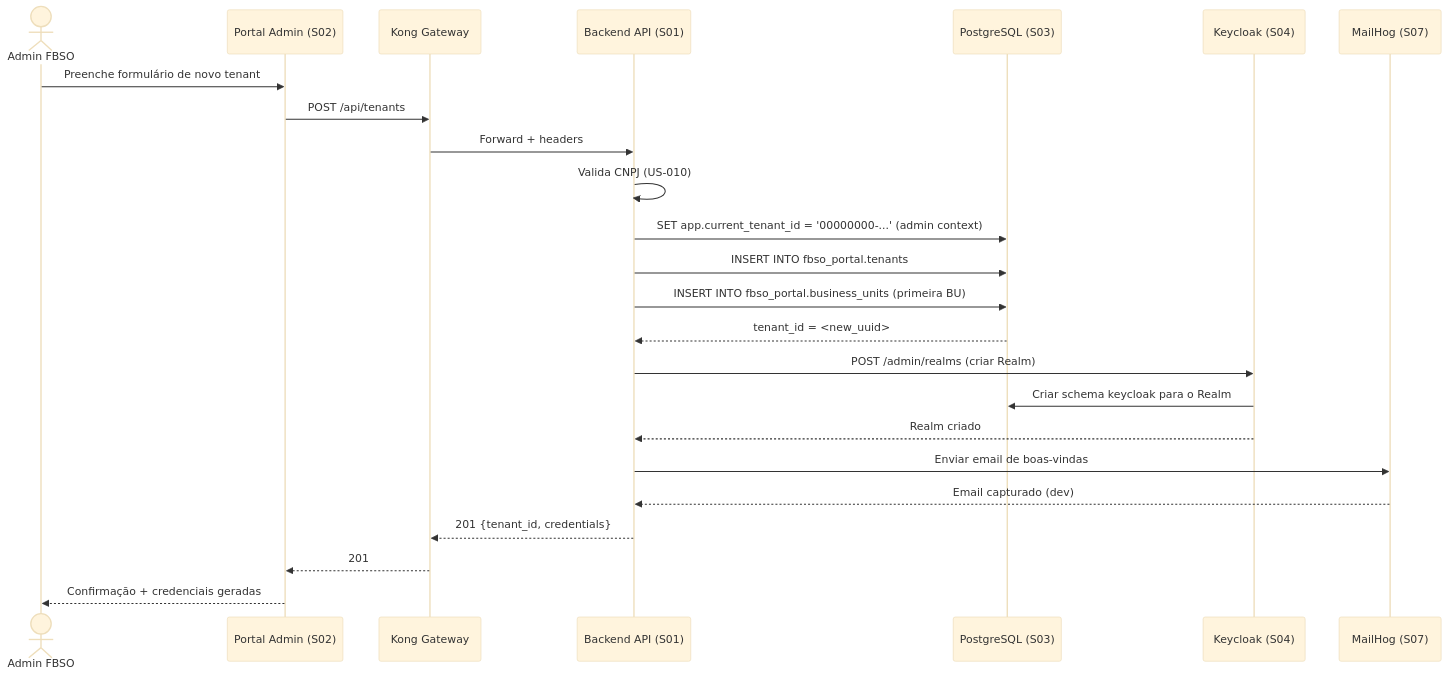
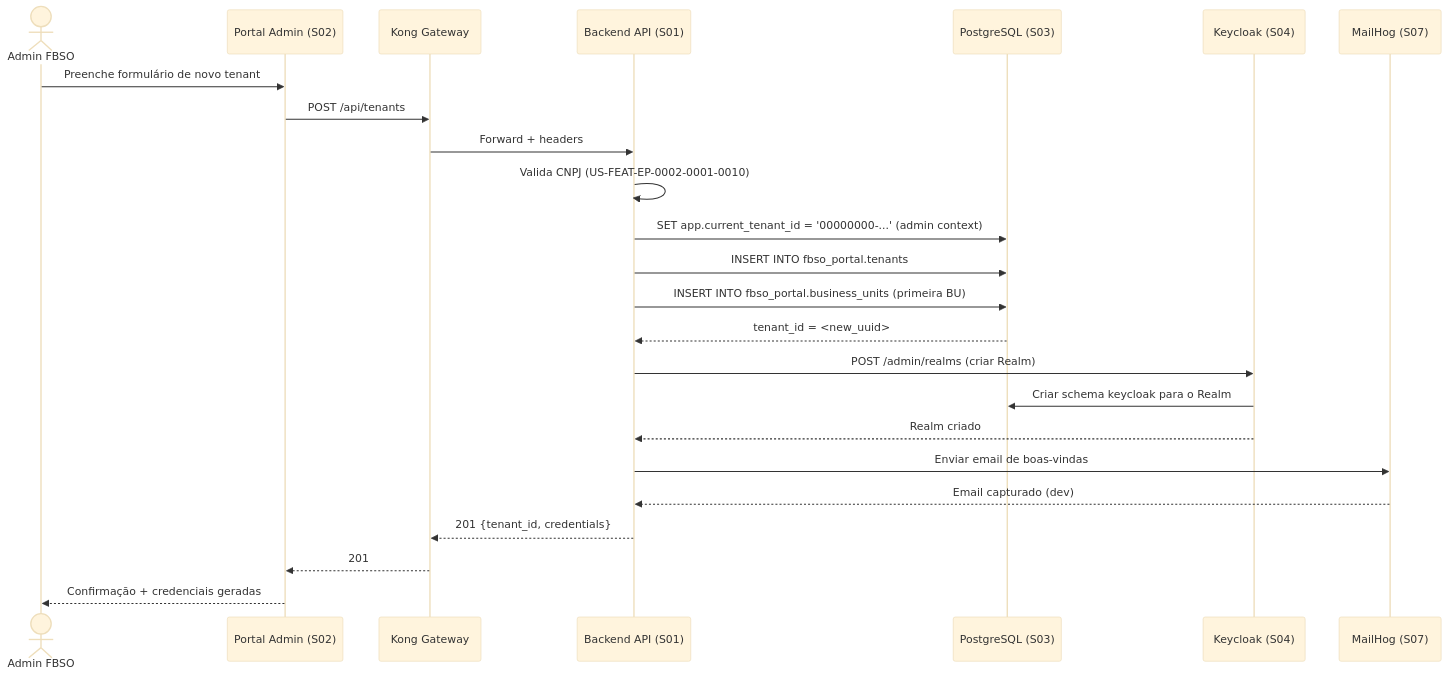
Before and after one commit to bolismar69/workspace-fbso: the seventh of 11 diagrams in business-inputs/business-projects/PRJ-FIN-2026-0003-SAAS-FBSO-ORG/technical-definitions/PROJECT-TECHNICAL-DEFINITIONS-ARCHITECTURE-DEFINITION.md, drawn with Mermaid (base theme). The commit also changed other lines of this file and 124 other files, not shown here.

````diff
--- a/business-inputs/business-projects/PRJ-FIN-2026-0003-SAAS-FBSO-ORG/technical-definitions/PROJECT-TECHNICAL-DEFINITIONS-ARCHITECTURE-DEFINITION.md
+++ b/business-inputs/business-projects/PRJ-FIN-2026-0003-SAAS-FBSO-ORG/technical-definitions/PROJECT-TECHNICAL-DEFINITIONS-ARCHITECTURE-DEFINITION.md
@@ -350,27 +377,27 @@
 ```mermaid
 sequenceDiagram
     actor Admin as Admin FBSO
     participant FE as Portal Admin (S02)
     participant Kong as Kong Gateway
     participant BE as Backend API (S01)
     participant DB as PostgreSQL (S03)
     participant KC as Keycloak (S04)
     participant MH as MailHog (S07)
 
     Admin->>FE: Preenche formulário de novo tenant
     FE->>Kong: POST /api/tenants
     Kong->>BE: Forward + headers
-    BE->>BE: Valida CNPJ (US-010)
+    BE->>BE: Valida CNPJ (US-FEAT-EP-0002-0001-0010)
     BE->>DB: SET app.current_tenant_id = '00000000-...' (admin context)
     BE->>DB: INSERT INTO fbso_portal.tenants
     BE->>DB: INSERT INTO fbso_portal.business_units (primeira BU)
     DB-->>BE: tenant_id = <new_uuid>
     BE->>KC: POST /admin/realms (criar Realm)
     KC->>DB: Criar schema keycloak para o Realm
     KC-->>BE: Realm criado
     BE->>MH: Enviar email de boas-vindas
     MH-->>BE: Email capturado (dev)
     BE-->>Kong: 201 {tenant_id, credentials}
     Kong-->>FE: 201
     FE-->>Admin: Confirmação + credenciais geradas
 ```
````
